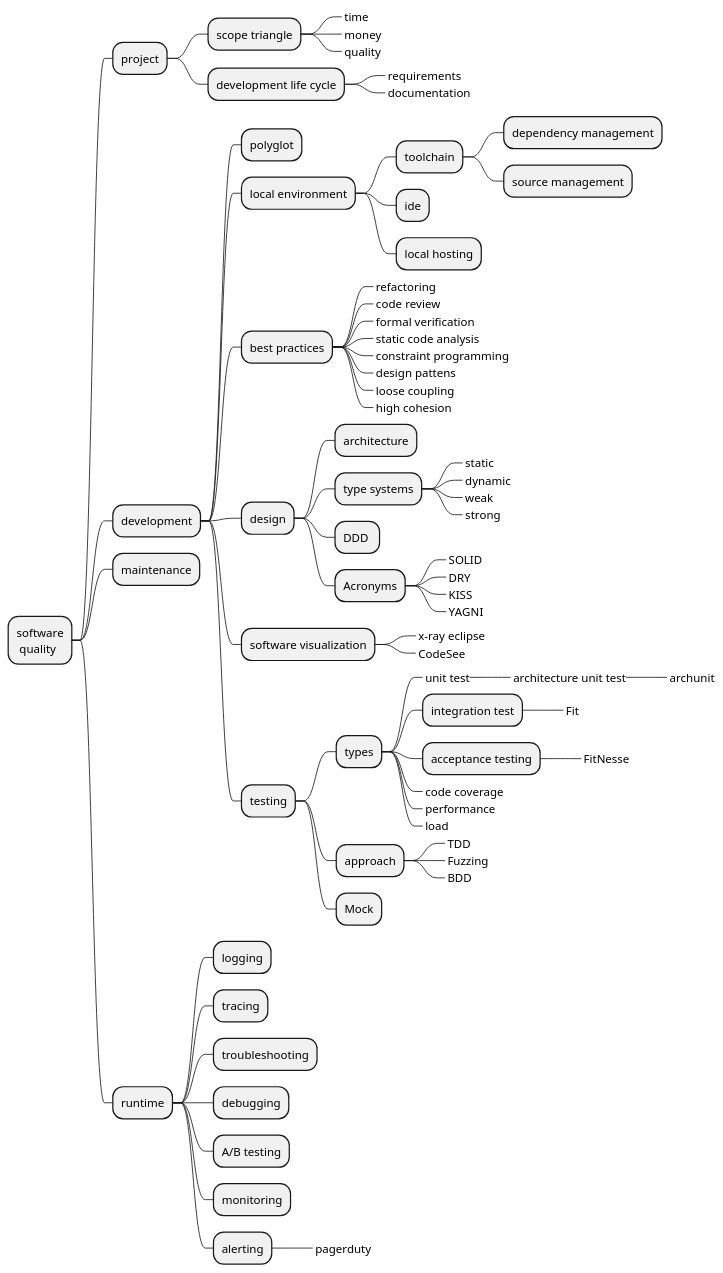
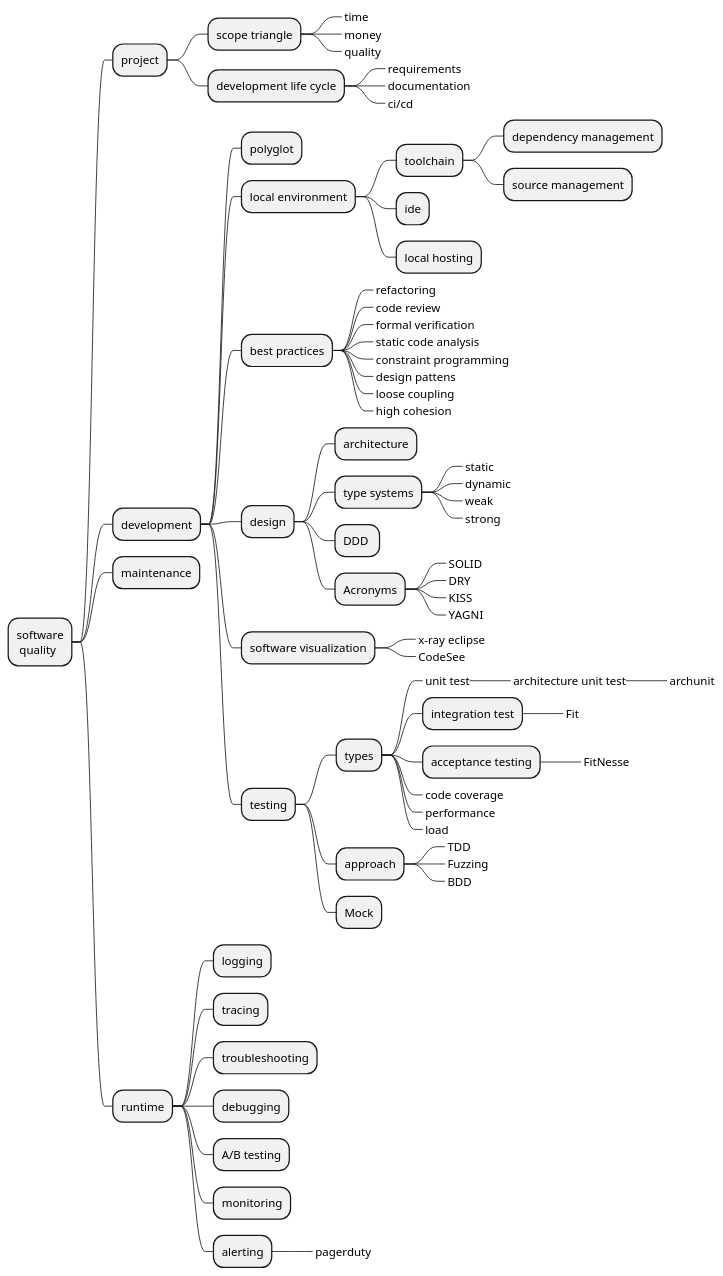
The diagram in software-quality-roadmap.iuml (levplotkin/code-quality-roadmap), drawn with PlantUML before and after one commit.

```diff
--- a/software-quality-roadmap.iuml
+++ b/software-quality-roadmap.iuml
@@ -1,71 +1,72 @@
 @startmindmap
 * software\n quality
  * project
   * scope triangle
    *_ time
    *_ money
    *_ quality
   * development life cycle
    *_ requirements
    *_ documentation
+   *_ ci/cd
  * development
   * polyglot
   * local environment
    * toolchain
     * dependency management
     * source management
    * ide
    * local hosting
   * best practices
    *_ refactoring
    *_ code review
    *_ formal verification
    *_ static code analysis
    *_ constraint programming
    *_ design pattens
    *_ loose coupling
    *_ high cohesion
   * design
    * architecture
    * type systems
     *_ static
     *_ dynamic
     *_ weak
     *_ strong
    * DDD 
    * Acronyms
     *_ SOLID
     *_ DRY
     *_ KISS
     *_ YAGNI
   * software visualization
    *_ x-ray eclipse
    *_ CodeSee
   * testing
    * types
     *_ unit test
      *_ architecture unit test
       *_ archunit
     * integration test
      *_ Fit
     * acceptance testing
      *_ FitNesse
     *_ code coverage
     *_ performance
     *_ load
    * approach
     *_ TDD
     *_ Fuzzing
     *_ BDD
    * Mock
  * maintenance
  * runtime
   * logging
   * tracing
   * troubleshooting
   * debugging
   * A/B testing
   * monitoring
   * alerting
    *_ pagerduty
 @endmindmap
```
